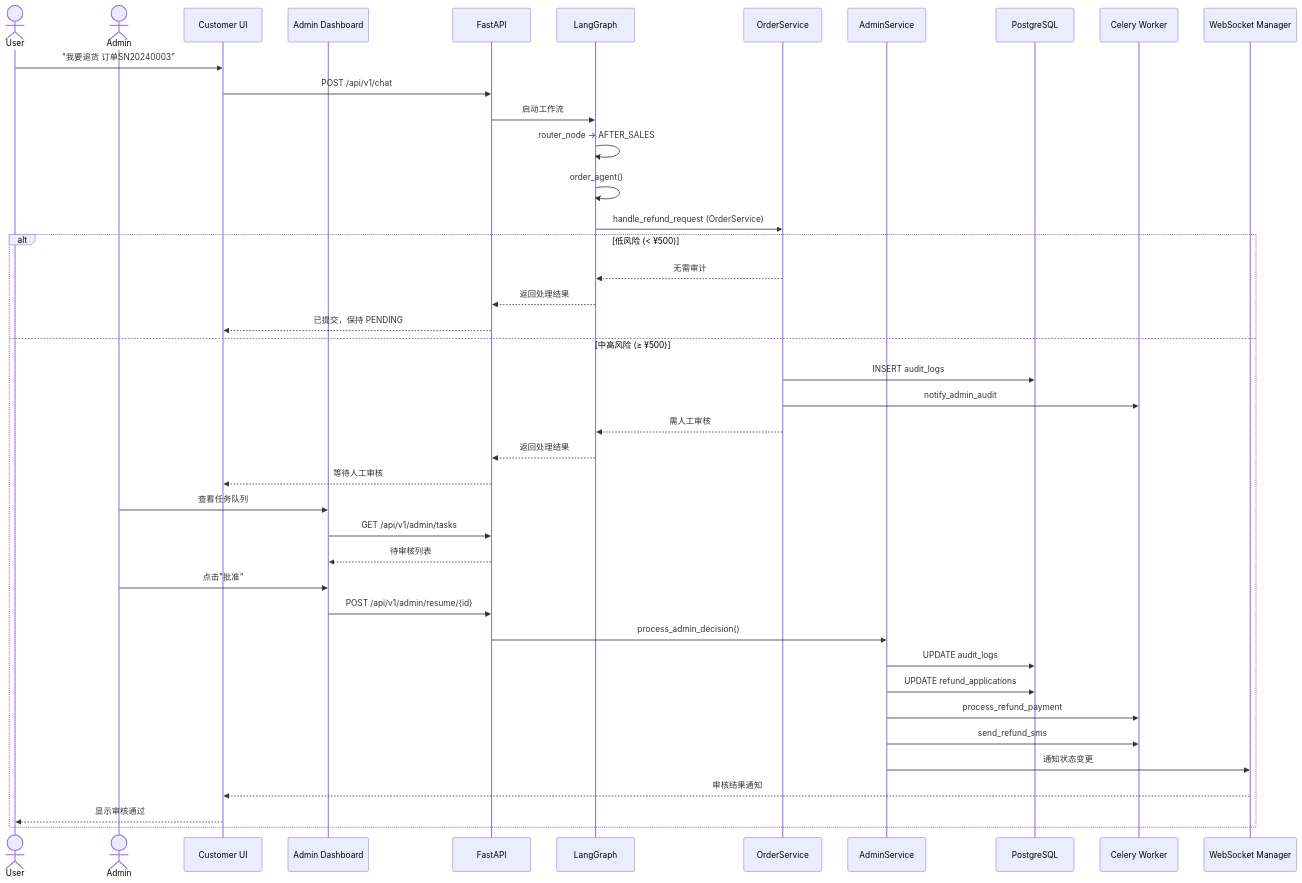
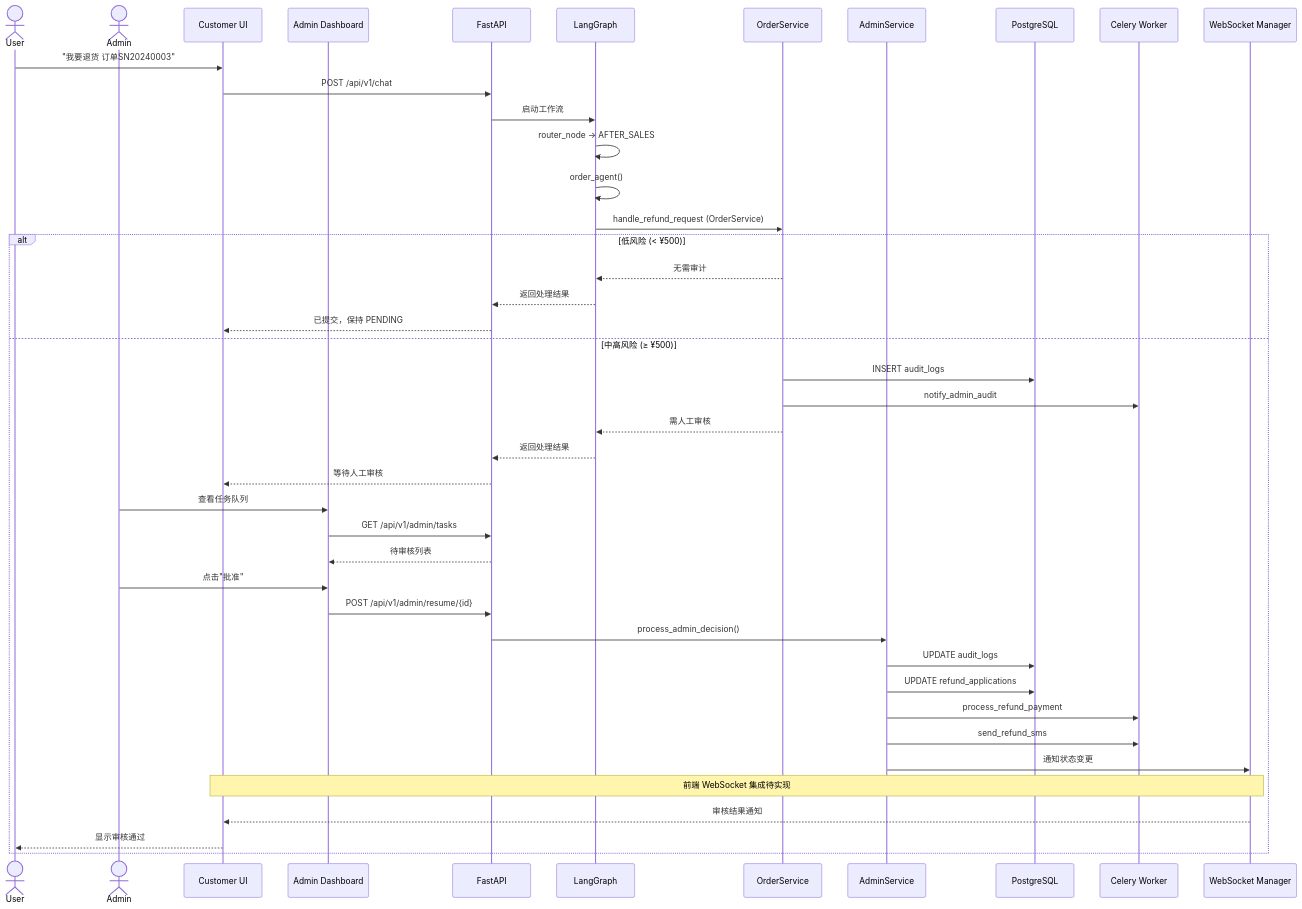
One commit to Mr-ZeLong/E-commerce-Smart-Agent changed the fifth of 14 diagrams in architecture.md. Above: the diagram before and after it, drawn with Mermaid. The commit also changed other lines of this file and 7 other files, not shown here.

First line of the commit message:
docs: align README, architecture, and env docs with actual codebase

````diff
--- a/architecture.md
+++ b/architecture.md
@@ -505,48 +611,49 @@
 ```mermaid
 sequenceDiagram
     actor User
     actor Admin
     participant CUI as Customer UI
     participant ADM as Admin Dashboard
     participant API as FastAPI
     participant Graph as LangGraph
     participant Service as OrderService
     participant AdminSvc as AdminService
     participant DB as PostgreSQL
     participant Celery as Celery Worker
     participant WS as WebSocket Manager
 
     User->>CUI: "我要退货 订单SN20240003"
     CUI->>API: POST /api/v1/chat
     API->>Graph: 启动工作流
     Graph->>Graph: router_node → AFTER_SALES
     Graph->>Graph: order_agent()
     Graph->>Service: handle_refund_request (OrderService)
 
     alt 低风险 (< ¥500)
         Service-->>Graph: 无需审计
         Graph-->>API: 返回处理结果
         API-->>CUI: 已提交，保持 PENDING
     else 中高风险 (≥ ¥500)
         Service->>DB: INSERT audit_logs
         Service->>Celery: notify_admin_audit
         Service-->>Graph: 需人工审核
         Graph-->>API: 返回处理结果
         API-->>CUI: 等待人工审核
 
         Admin->>ADM: 查看任务队列
         ADM->>API: GET /api/v1/admin/tasks
         API-->>ADM: 待审核列表
 
         Admin->>ADM: 点击"批准"
         ADM->>API: POST /api/v1/admin/resume/{id}
         API->>AdminSvc: process_admin_decision()
         AdminSvc->>DB: UPDATE audit_logs
         AdminSvc->>DB: UPDATE refund_applications
         AdminSvc->>Celery: process_refund_payment
         AdminSvc->>Celery: send_refund_sms
         AdminSvc->>WS: 通知状态变更
+        Note over WS,CUI: 前端 WebSocket 集成待实现
         WS-->>CUI: 审核结果通知
         CUI-->>User: 显示审核通过
     end
 ```
````
